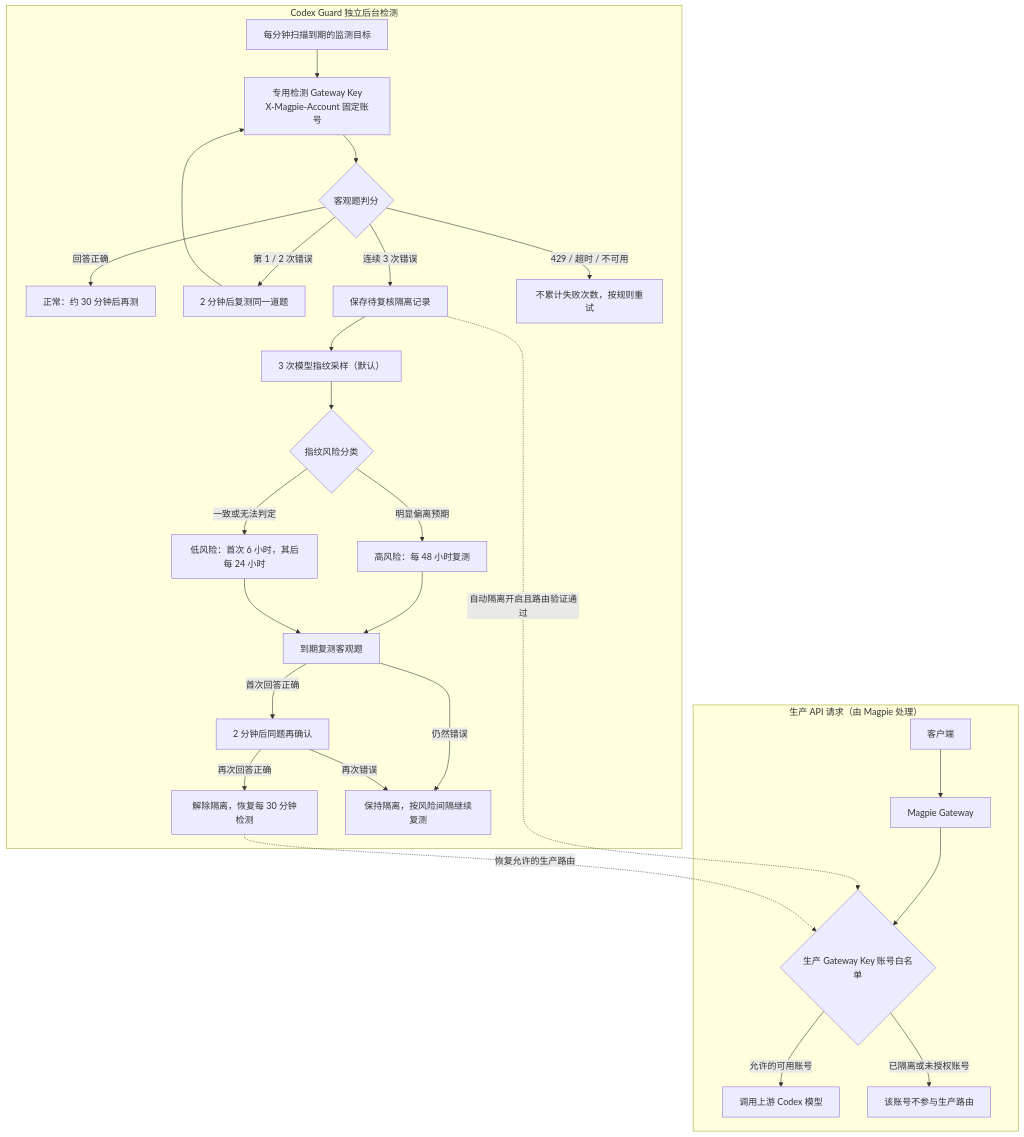
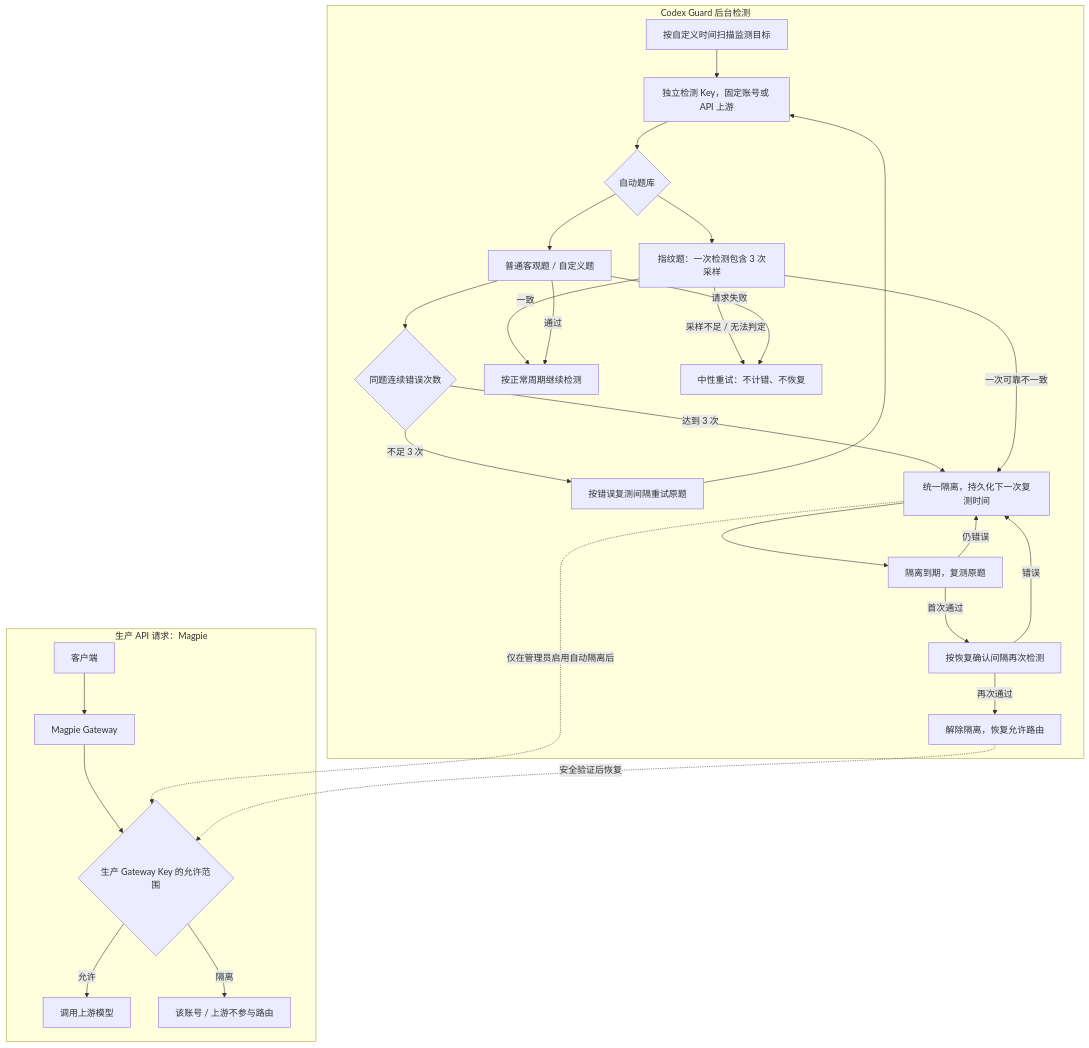
Before and after one commit to Dsd1001/magpie-codex-guard: the diagram in README.md, drawn with Mermaid. The commit also changed other lines of this file and 30 other files, not shown here.

````diff
--- a/README.md
+++ b/README.md
@@ -44,32 +45,33 @@
 ```mermaid
 flowchart TB
-    subgraph BUSINESS["生产 API 请求（由 Magpie 处理）"]
+    subgraph BUSINESS["生产 API 请求：Magpie"]
         Client["客户端"] --> Magpie["Magpie Gateway"]
-        Magpie --> Key{"生产 Gateway Key 账号白名单"}
-        Key -->|"允许的可用账号"| Upstream["调用上游 Codex 模型"]
-        Key -->|"已隔离或未授权账号"| Excluded["该账号不参与生产路由"]
+        Magpie --> Key{"生产 Gateway Key 的允许范围"}
+        Key -->|"允许"| Upstream["调用上游模型"]
+        Key -->|"隔离"| Excluded["该账号 / 上游不参与路由"]
     end
 
-    subgraph DETECT["Codex Guard 独立后台检测"]
-        Scheduler["每分钟扫描到期的监测目标"] --> Probe["专用检测 Gateway Key<br/>X-Magpie-Account 固定账号"]
-        Probe --> Grade{"客观题判分"}
-        Grade -->|"回答正确"| Healthy["正常：约 30 分钟后再测"]
-        Grade -->|"第 1 / 2 次错误"| Suspect["2 分钟后复测同一道题"]
-        Suspect --> Probe
-        Grade -->|"连续 3 次错误"| Hold["保存待复核隔离记录"]
-        Grade -->|"429 / 超时 / 不可用"| Retry["不累计失败次数，按规则重试"]
-        Hold --> Fingerprint["3 次模型指纹采样（默认）"]
-        Fingerprint --> Risk{"指纹风险分类"}
-        Risk -->|"明显偏离预期"| High["高风险：每 48 小时复测"]
-        Risk -->|"一致或无法判定"| Low["低风险：首次 6 小时，其后每 24 小时"]
-        High --> Retest["到期复测客观题"]
-        Low --> Retest
-        Retest -->|"首次回答正确"| Confirm["2 分钟后同题再确认"]
-        Confirm -->|"再次回答正确"| Release["解除隔离，恢复每 30 分钟检测"]
-        Retest -->|"仍然错误"| Remain["保持隔离，按风险间隔继续复测"]
-        Confirm -->|"再次错误"| Remain
+    subgraph DETECT["Codex Guard 后台检测"]
+        Scheduler["按自定义时间扫描监测目标"] --> Probe["独立检测 Key，固定账号或 API 上游"]
+        Probe --> Choice{"自动题库"}
+        Choice --> Objective["普通客观题 / 自定义题"]
+        Choice --> FP["指纹题：一次检测包含 3 次采样"]
+        Objective --> Ordinary{"同题连续错误次数"}
+        Ordinary -->|"不足 3 次"| Retry["按错误复测间隔重试原题"]
+        Retry --> Probe
+        Ordinary -->|"达到 3 次"| Hold["统一隔离，持久化下一次复测时间"]
+        FP -->|"一次可靠不一致"| Hold
+        FP -->|"一致"| Healthy["按正常周期继续检测"]
+        Objective -->|"通过"| Healthy
+        FP -->|"采样不足 / 无法判定"| Neutral["中性重试：不计错、不恢复"]
+        Objective -->|"请求失败"| Neutral
+        Hold --> Retest["隔离到期，复测原题"]
+        Retest -->|"首次通过"| Confirm["按恢复确认间隔再次检测"]
+        Confirm -->|"再次通过"| Release["解除隔离，恢复允许路由"]
+        Retest -->|"仍错误"| Hold
+        Confirm -->|"错误"| Hold
     end
 
-    Hold -.->|"自动隔离开启且路由验证通过"| Key
-    Release -.->|"恢复允许的生产路由"| Key
+    Hold -.->|"仅在管理员启用自动隔离后"| Key
+    Release -.->|"安全验证后恢复"| Key
 ```
````
